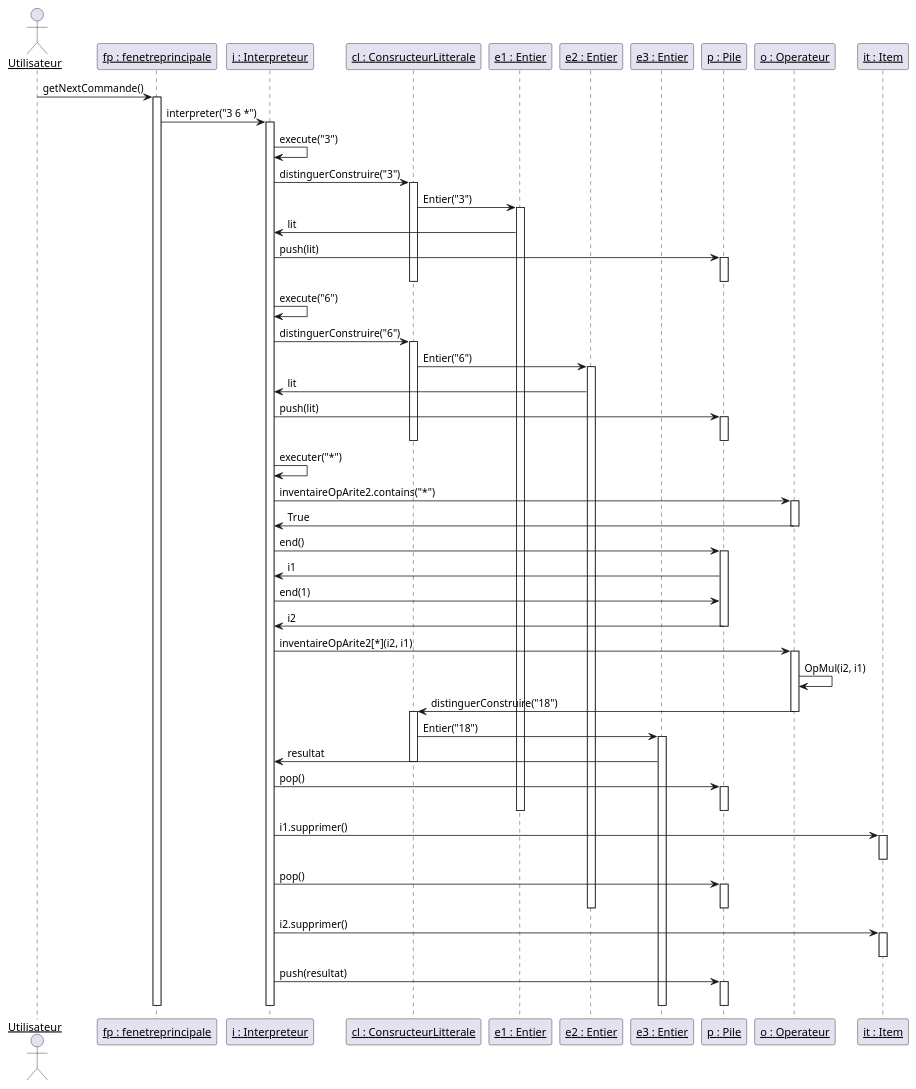
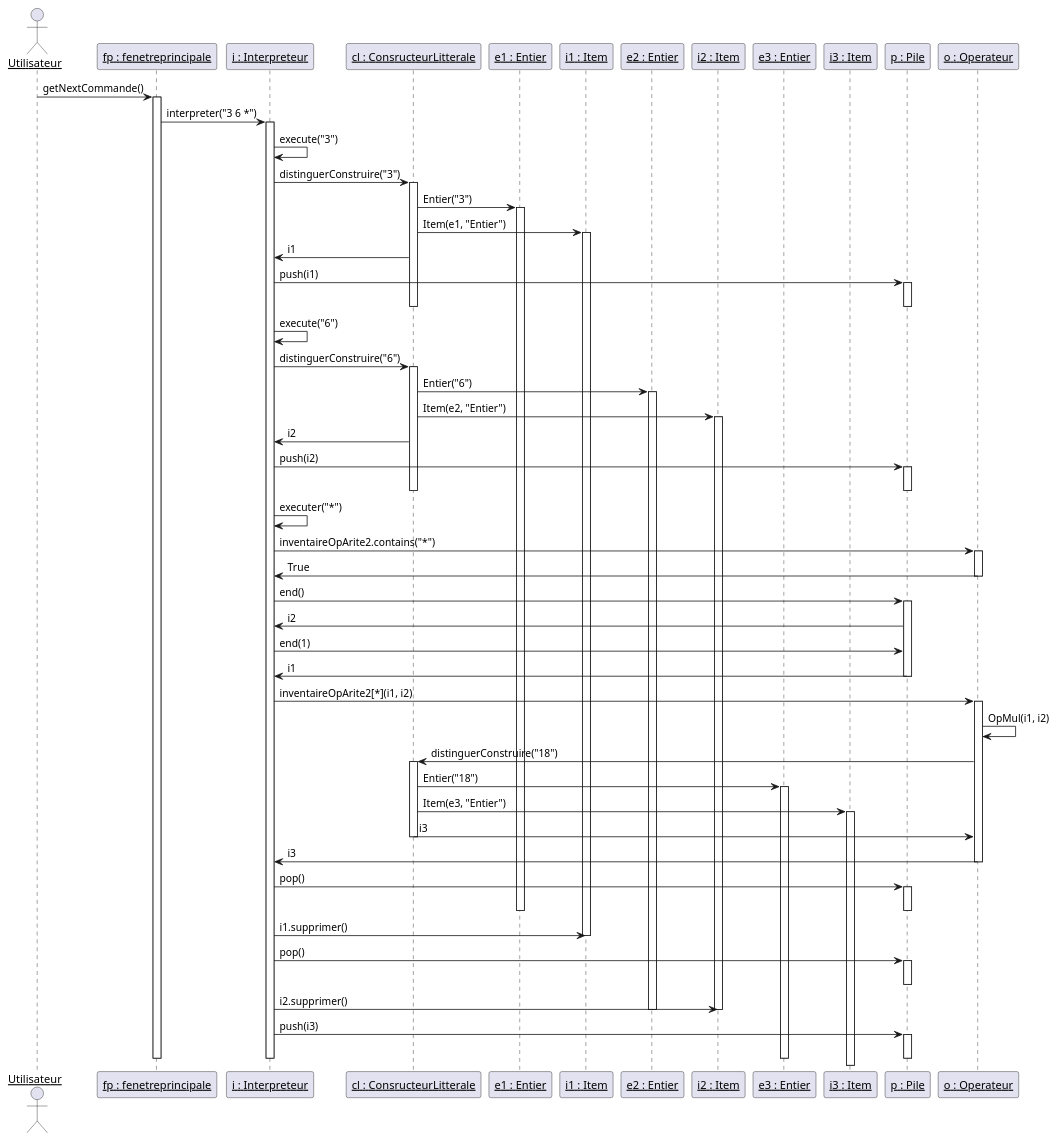
The diagram in DiagrammeSequence.puml (LouisJeanneau/LO21-Projet-CompUT), drawn with PlantUML before and after one commit. The commit also changed 2 other files, not shown here.

```diff
--- a/DiagrammeSequence.puml
+++ b/DiagrammeSequence.puml
@@ -1,115 +1,129 @@
 @startuml
 
 skinparam sequenceParticipant underline
 
 actor Utilisateur
 participant "fp : fenetreprincipale" as FP
 participant "i : Interpreteur" as I
 participant "cl : ConsructeurLitterale" as CL
 participant "e1 : Entier" as E1
+participant "i1 : Item" as I1
 participant "e2 : Entier" as E2
+participant "i2 : Item" as I2
 participant "e3 : Entier" as E3
+participant "i3 : Item" as I3
 participant "p : Pile" as P
+participant "o : Operateur" as O
 
 
 Utilisateur -> FP : getNextCommande()
 activate FP
 
 FP -> I: interpreter("3 6 *")
 activate I
 
 I -> I: execute("3")
 
 I -> CL : distinguerConstruire("3")
 activate CL
 
 CL -> E1 : Entier("3")
 activate E1
 
-E1 -> I : lit
+CL -> I1 : Item(e1, "Entier")
+activate I1
 
-I -> P : push(lit)
+CL -> I : i1
+
+I -> P : push(i1)
 activate P
 
 deactivate P
 deactivate CL
 
 I -> I: execute("6")
 
 I -> CL : distinguerConstruire("6")
 activate CL
 
 CL -> E2 : Entier("6")
 activate E2
 
-E2 -> I : lit
+CL -> I2 : Item(e2, "Entier")
+activate I2
 
-I -> P : push(lit)
+CL -> I : i2
+
+I -> P : push(i2)
 activate P
 
 deactivate P
 deactivate CL
 
 I -> I: executer("*")
 
-participant "o : Operateur" as O
+
 
 I -> O : inventaireOpArite2.contains("*")
 activate O
 
 O -> I : True
 deactivate O
 
 I -> P : end()
 activate P
 
-P -> I : i1
+P -> I : i2
 
 I -> P : end(1)
 
-P -> I : i2
+P -> I : i1
 deactivate P
 
-I -> O : inventaireOpArite2[*](i2, i1)
+I -> O : inventaireOpArite2[*](i1, i2)
 activate O
 
-O -> O : OpMul(i2, i1)
+O -> O : OpMul(i1, i2)
 
 O -> CL : distinguerConstruire("18")
-deactivate O
+
 activate CL
 
 CL -> E3 : Entier("18")
 activate E3
 
-E3 -> I : resultat
+CL -> I3 : Item(e3, "Entier")
+activate I3
+
+CL -> O : i3
 deactivate CL
+
+O -> I : i3
+deactivate O
 
 I -> P : pop()
 activate P
 deactivate E1
 deactivate P
-participant "it : Item" as IT
 
-I -> IT : i1.supprimer()
-activate IT
-deactivate IT
+I -> I1 : i1.supprimer()
+deactivate E1
+deactivate I1
 
 I -> P : pop()
 activate P
-deactivate E2
 deactivate P
 
-I -> IT : i2.supprimer()
-activate IT
-deactivate IT
+I -> I2 : i2.supprimer()
+deactivate E2
+deactivate I2
 
-I -> P : push(resultat)
+I -> P : push(i3)
 activate P
 deactivate P
 
 deactivate I
 deactivate E3
 deactivate FP
 
 @enduml
```
